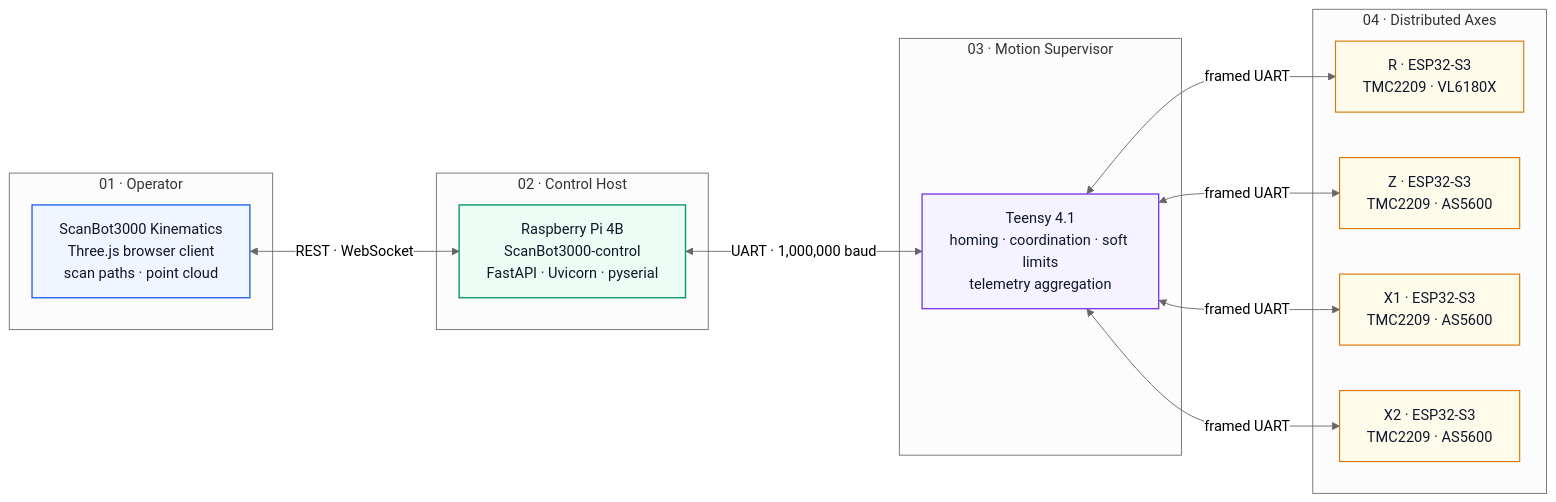
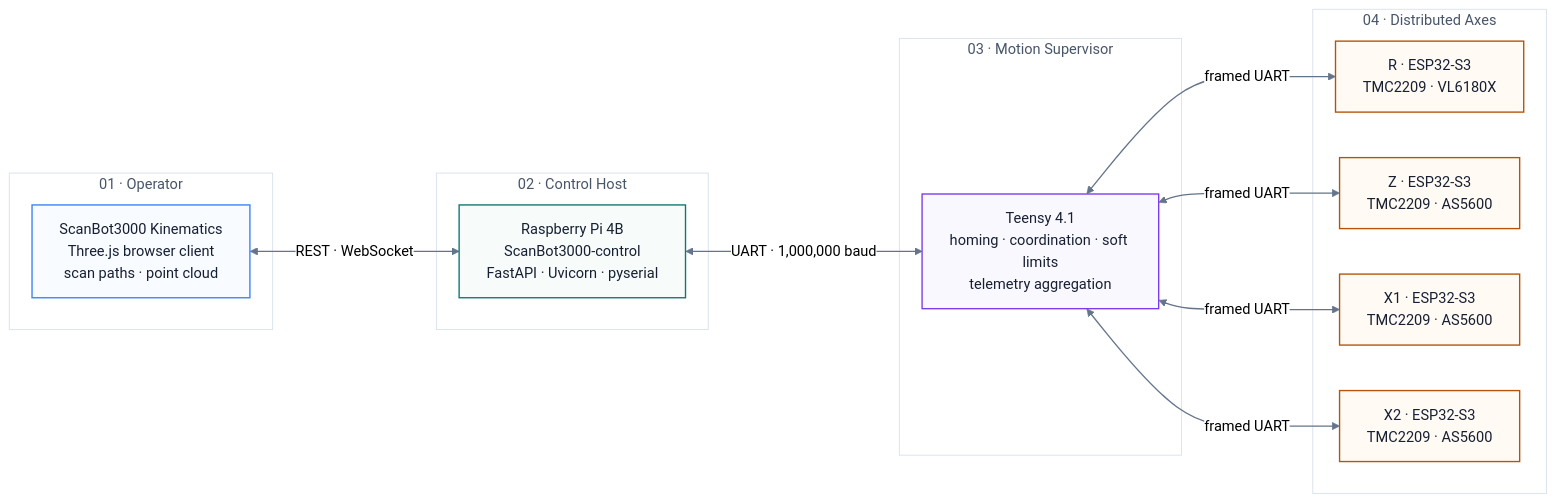
One commit to DreamMakers2/Scanbot3000 changed the diagram in README.md. Above: the diagram before and after it, drawn with Mermaid (neutral theme).

Commit message:
docs: refine Mermaid architecture styling

````diff
--- a/README.md
+++ b/README.md
@@ -28,38 +28,44 @@
 ```mermaid
 flowchart LR
     subgraph L1["01 · Operator"]
         UI["ScanBot3000 Kinematics<br/>Three.js browser client<br/>scan paths · point cloud"]
     end
 
     subgraph L2["02 · Control Host"]
         PI["Raspberry Pi 4B<br/>ScanBot3000-control<br/>FastAPI · Uvicorn · pyserial"]
     end
 
     subgraph L3["03 · Motion Supervisor"]
         TEENSY["Teensy 4.1<br/>homing · coordination · soft limits<br/>telemetry aggregation"]
     end
 
     subgraph L4["04 · Distributed Axes"]
         R["R · ESP32-S3<br/>TMC2209 · VL6180X"]
         Z["Z · ESP32-S3<br/>TMC2209 · AS5600"]
         X1["X1 · ESP32-S3<br/>TMC2209 · AS5600"]
         X2["X2 · ESP32-S3<br/>TMC2209 · AS5600"]
     end
 
     UI <-->|"REST · WebSocket"| PI
     PI <-->|"UART · 1,000,000 baud"| TEENSY
     TEENSY <-->|"framed UART"| R
     TEENSY <-->|"framed UART"| Z
     TEENSY <-->|"framed UART"| X1
     TEENSY <-->|"framed UART"| X2
 
-    classDef operator fill:#eff6ff,stroke:#2563eb,color:#0f172a,stroke-width:1.5px;
-    classDef host fill:#ecfdf5,stroke:#059669,color:#0f172a,stroke-width:1.5px;
-    classDef supervisor fill:#f5f3ff,stroke:#7c3aed,color:#0f172a,stroke-width:1.5px;
-    classDef axis fill:#fffbeb,stroke:#d97706,color:#0f172a,stroke-width:1.25px;
+    classDef operator fill:#f8fbff,stroke:#3b82f6,color:#172033,stroke-width:1.5px;
+    classDef host fill:#f7fcfa,stroke:#0f766e,color:#172033,stroke-width:1.5px;
+    classDef supervisor fill:#faf8ff,stroke:#7c3aed,color:#172033,stroke-width:1.5px;
+    classDef axis fill:#fffaf3,stroke:#b45309,color:#172033,stroke-width:1.5px;
 
     class UI operator;
     class PI host;
     class TEENSY supervisor;
     class R,Z,X1,X2 axis;
+
+    style L1 fill:#ffffff,stroke:#d8e1ec,color:#475569,stroke-width:1px
+    style L2 fill:#ffffff,stroke:#d8e1ec,color:#475569,stroke-width:1px
+    style L3 fill:#ffffff,stroke:#d8e1ec,color:#475569,stroke-width:1px
+    style L4 fill:#ffffff,stroke:#d8e1ec,color:#475569,stroke-width:1px
+    linkStyle default stroke:#64748b,stroke-width:1.5px;
 ```
````
